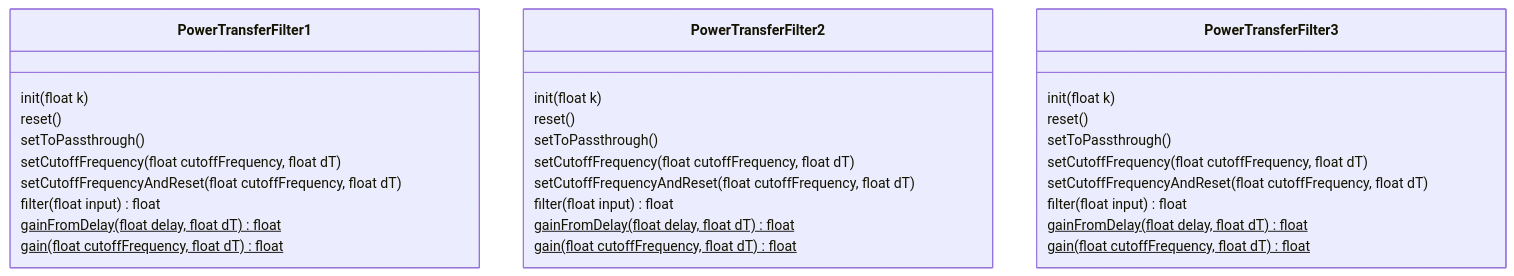
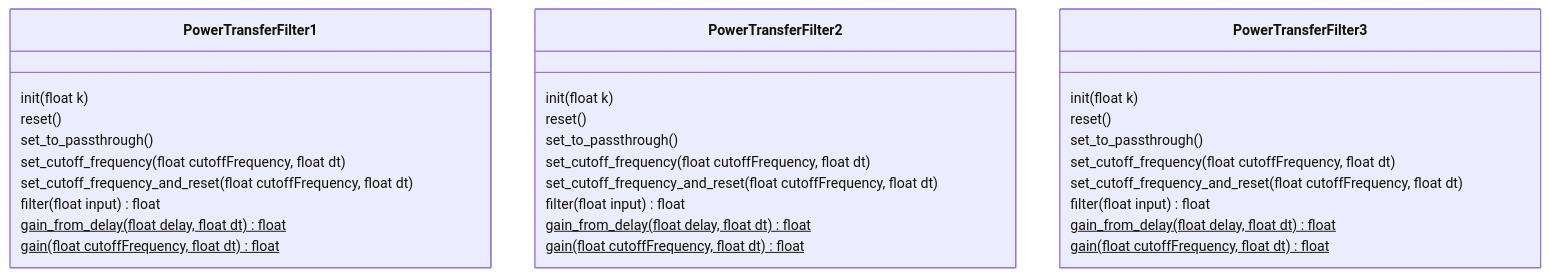
One commit to martinbudden/Library-Filters changed the fifth of 6 diagrams in README.md. Above: the diagram before and after it, drawn with Mermaid. The commit also changed other lines of this file and 11 other files, not shown here.

````diff
--- a/README.md
+++ b/README.md
@@ -69,35 +69,35 @@
 ```mermaid
 classDiagram
     class PowerTransferFilter1 {
         init(float k)
         reset()
-        setToPassthrough()
-        setCutoffFrequency(float cutoffFrequency, float dT)
-        setCutoffFrequencyAndReset(float cutoffFrequency, float dT)
+        set_to_passthrough()
+        set_cutoff_frequency(float cutoffFrequency, float dt)
+        set_cutoff_frequency_and_reset(float cutoffFrequency, float dt)
         filter(float input) float
-        gainFromDelay(float delay, float dT) float $
-        gain(float cutoffFrequency, float dT) float $
+        gain_from_delay(float delay, float dt) float $
+        gain(float cutoffFrequency, float dt) float $
     }
 
     class PowerTransferFilter2 {
         init(float k)
         reset()
-        setToPassthrough()
-        setCutoffFrequency(float cutoffFrequency, float dT)
-        setCutoffFrequencyAndReset(float cutoffFrequency, float dT)
+        set_to_passthrough()
+        set_cutoff_frequency(float cutoffFrequency, float dt)
+        set_cutoff_frequency_and_reset(float cutoffFrequency, float dt)
         filter(float input) float
-        gainFromDelay(float delay, float dT) float $
-        gain(float cutoffFrequency, float dT) float $
+        gain_from_delay(float delay, float dt) float $
+        gain(float cutoffFrequency, float dt) float $
     }
 
     class PowerTransferFilter3 {
         init(float k)
         reset()
-        setToPassthrough()
-        setCutoffFrequency(float cutoffFrequency, float dT)
-        setCutoffFrequencyAndReset(float cutoffFrequency, float dT)
+        set_to_passthrough()
+        set_cutoff_frequency(float cutoffFrequency, float dt)
+        set_cutoff_frequency_and_reset(float cutoffFrequency, float dt)
         filter(float input) float
-        gainFromDelay(float delay, float dT) float $
-        gain(float cutoffFrequency, float dT) float $
+        gain_from_delay(float delay, float dt) float $
+        gain(float cutoffFrequency, float dt) float $
     }
 ```
````
